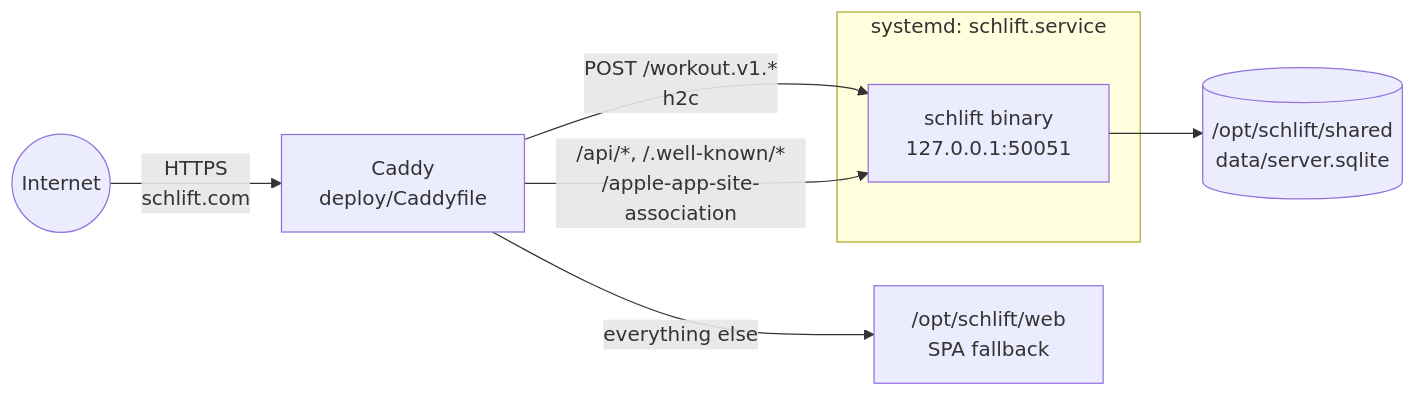
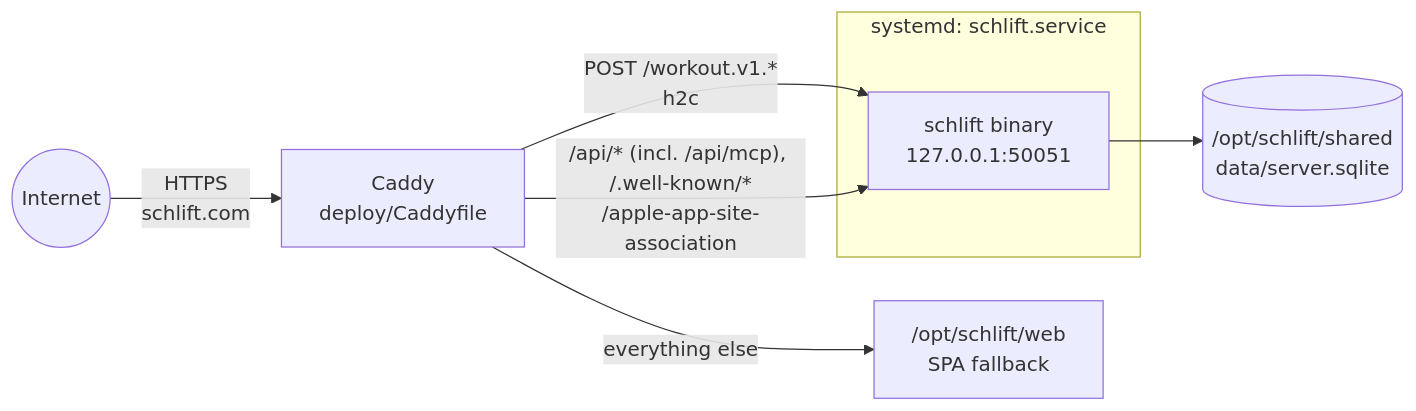
One commit to brensch/lift changed the fourth of 4 diagrams in docs/architecture/overview.md. Above: the diagram before and after it, drawn with Mermaid. The commit also changed other lines of this file and 8 other files, not shown here.

First line of the commit message:
Docs: the architecture as built on programs

````diff
--- a/docs/architecture/overview.md
+++ b/docs/architecture/overview.md
@@ -141,14 +155,14 @@
 ```mermaid
 graph LR
     internet(("Internet")) -->|"HTTPS<br/>schlift.com"| caddy["Caddy<br/>deploy/Caddyfile"]
 
     caddy -->|"POST /workout.v1.*<br/>h2c"| binary
-    caddy -->|"/api/*, /.well-known/*<br/>/apple-app-site-association"| binary
+    caddy -->|"/api/* (incl. /api/mcp), /.well-known/*<br/>/apple-app-site-association"| binary
     caddy -->|"everything else"| static["/opt/schlift/web<br/>SPA fallback"]
 
     subgraph unit["systemd: schlift.service"]
         binary["schlift binary<br/>127.0.0.1:50051"]
     end
 
     binary --> data[("/opt/schlift/shared<br/>data/server.sqlite")]
 ```
````
